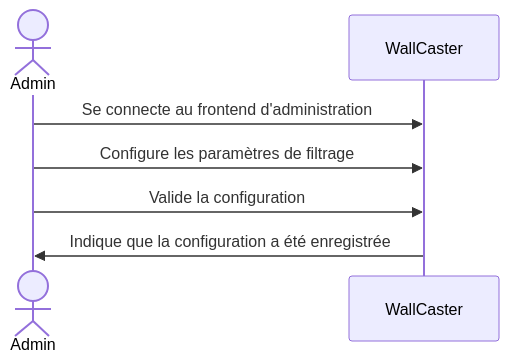
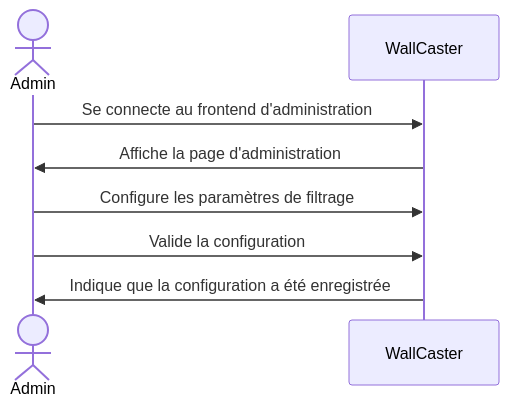
One commit to WallCaster/WallCaster changed the tenth of 10 diagrams in doc/analisis-report.md. Above: the diagram before and after it, drawn with Mermaid.

Commit message:
feat: Filtrage des posts add link

````diff
--- a/doc/analisis-report.md
+++ b/doc/analisis-report.md
@@ -166,12 +166,12 @@
 ```mermaid
 sequenceDiagram
   actor A as Admin
   participant W as WallCaster
 
   A ->> W : Se connecte au frontend d'administration
-
+  W ->> A : Affiche la page d'administration
   A ->> W : Configure les paramètres de filtrage
   A ->> W : Valide la configuration
 
   W ->> A : Indique que la configuration a été enregistrée
 ```
````
